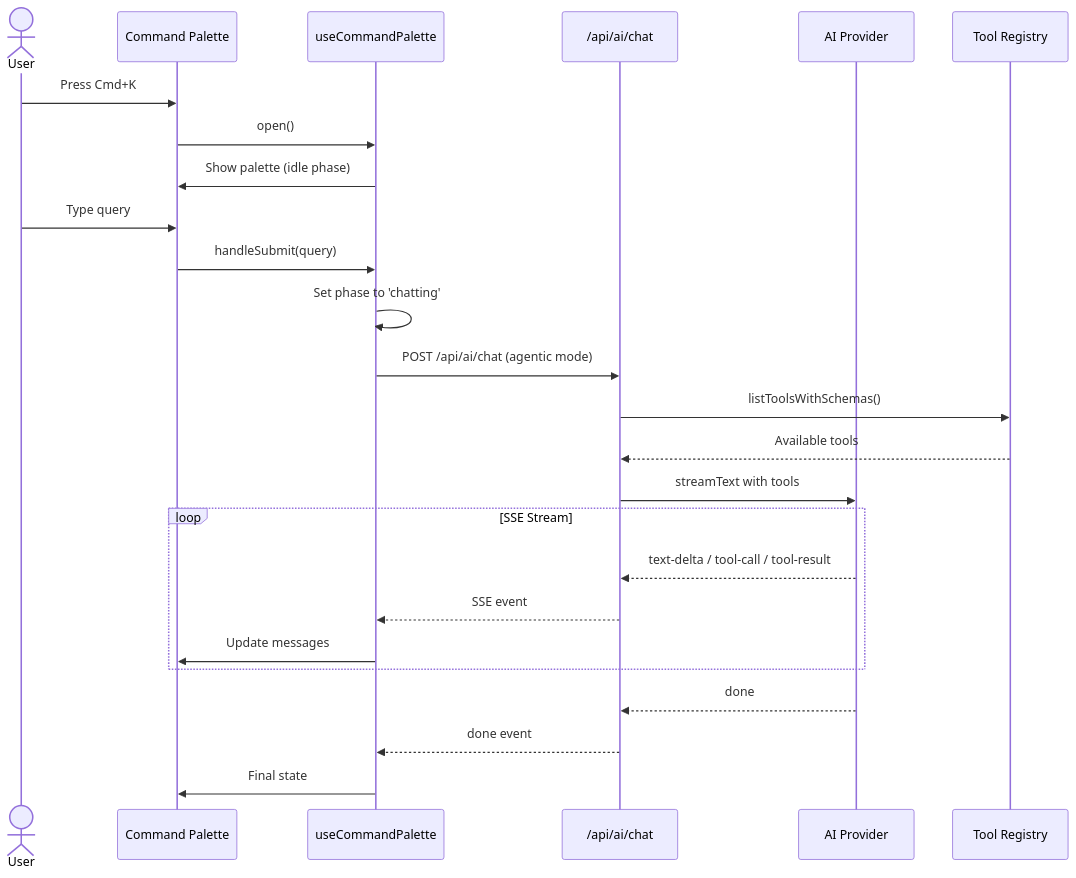
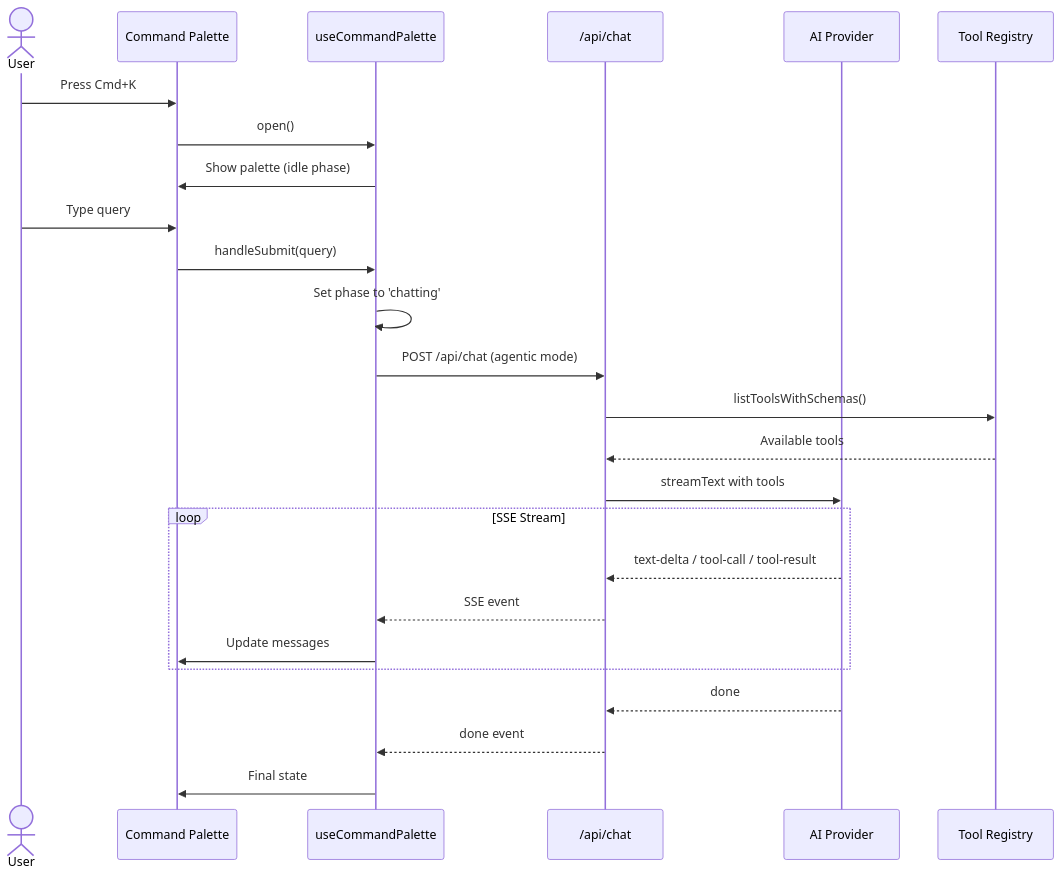
One commit to open-mercato/open-mercato changed the second of 15 diagrams in packages/ai-assistant/README.md. Above: the diagram before and after it, drawn with Mermaid. The commit also changed other lines of this file and 40 other files, not shown here.

````diff
--- a/packages/ai-assistant/README.md
+++ b/packages/ai-assistant/README.md
@@ -64,32 +62,32 @@
 ```mermaid
 sequenceDiagram
     actor User
     participant CP as Command Palette
     participant Hook as useCommandPalette
-    participant API as /api/ai/chat
+    participant API as /api/chat
     participant AI as AI Provider
     participant Tools as Tool Registry
 
     User->>CP: Press Cmd+K
     CP->>Hook: open()
     Hook->>CP: Show palette (idle phase)
 
     User->>CP: Type query
     CP->>Hook: handleSubmit(query)
     Hook->>Hook: Set phase to 'chatting'
 
-    Hook->>API: POST /api/ai/chat (agentic mode)
+    Hook->>API: POST /api/chat (agentic mode)
     API->>Tools: listToolsWithSchemas()
     Tools-->>API: Available tools
     API->>AI: streamText with tools
 
     loop SSE Stream
         AI-->>API: text-delta / tool-call / tool-result
         API-->>Hook: SSE event
         Hook->>CP: Update messages
     end
 
     AI-->>API: done
     API-->>Hook: done event
     Hook->>CP: Final state
 ```
````
